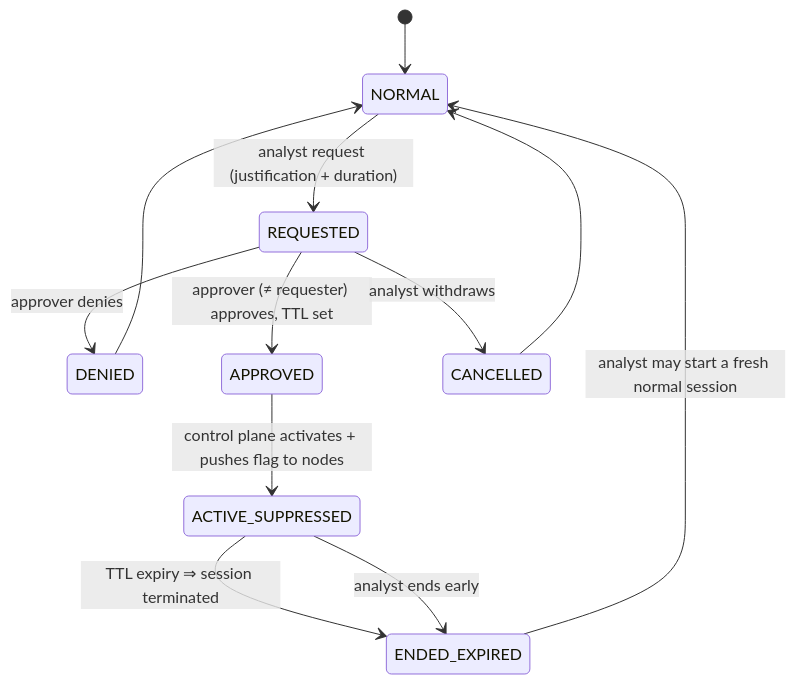
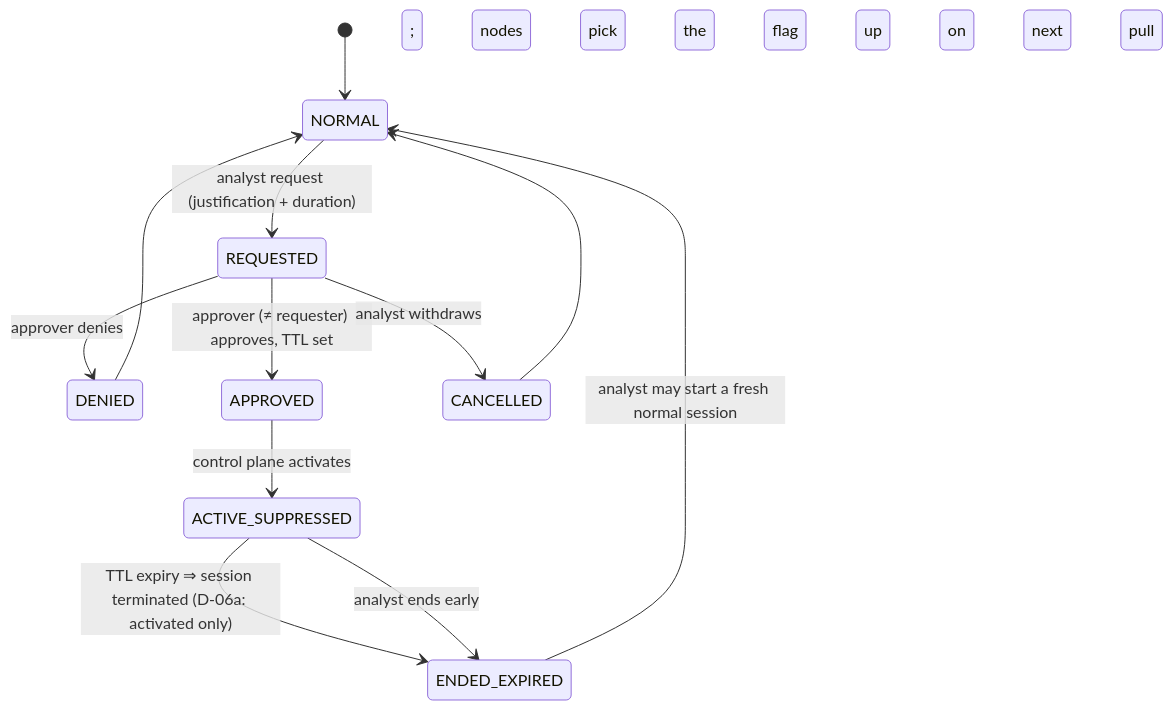
One commit to norbertbonnici/Mina changed the third of 3 diagrams in docs/ARCHITECTURE.md. Above: the diagram before and after it, drawn with Mermaid. The commit also changed other lines of this file and 11 other files, not shown here.

````diff
--- a/docs/ARCHITECTURE.md
+++ b/docs/ARCHITECTURE.md
@@ -263,14 +268,14 @@
 ```mermaid
 stateDiagram-v2
     [*] --> NORMAL
     NORMAL --> REQUESTED: analyst request (justification + duration)
     REQUESTED --> DENIED: approver denies
     REQUESTED --> APPROVED: approver (≠ requester) approves, TTL set
     REQUESTED --> CANCELLED: analyst withdraws
-    APPROVED --> ACTIVE_SUPPRESSED: control plane activates + pushes flag to nodes
-    ACTIVE_SUPPRESSED --> ENDED_EXPIRED: TTL expiry ⇒ session terminated
+    APPROVED --> ACTIVE_SUPPRESSED: control plane activates; nodes pick the flag up on next pull
+    ACTIVE_SUPPRESSED --> ENDED_EXPIRED: TTL expiry ⇒ session terminated (D-06a: activated only)
     ACTIVE_SUPPRESSED --> ENDED_EXPIRED: analyst ends early
     DENIED --> NORMAL
     CANCELLED --> NORMAL
     ENDED_EXPIRED --> NORMAL: analyst may start a fresh normal session
 ```
````
